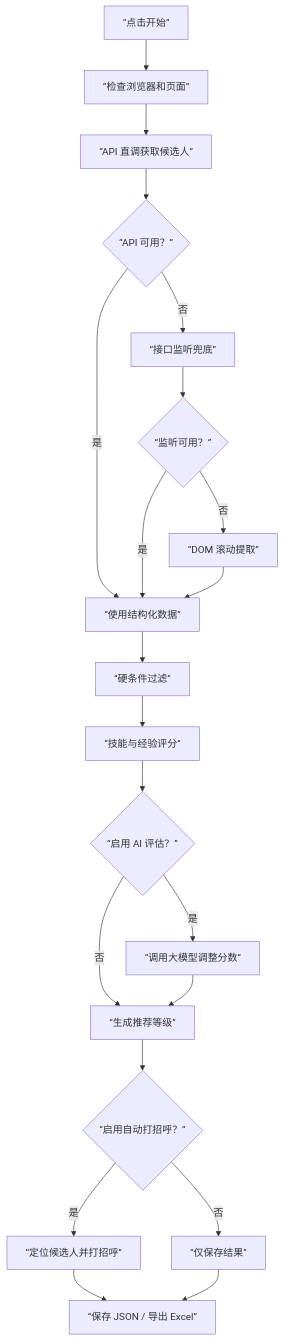
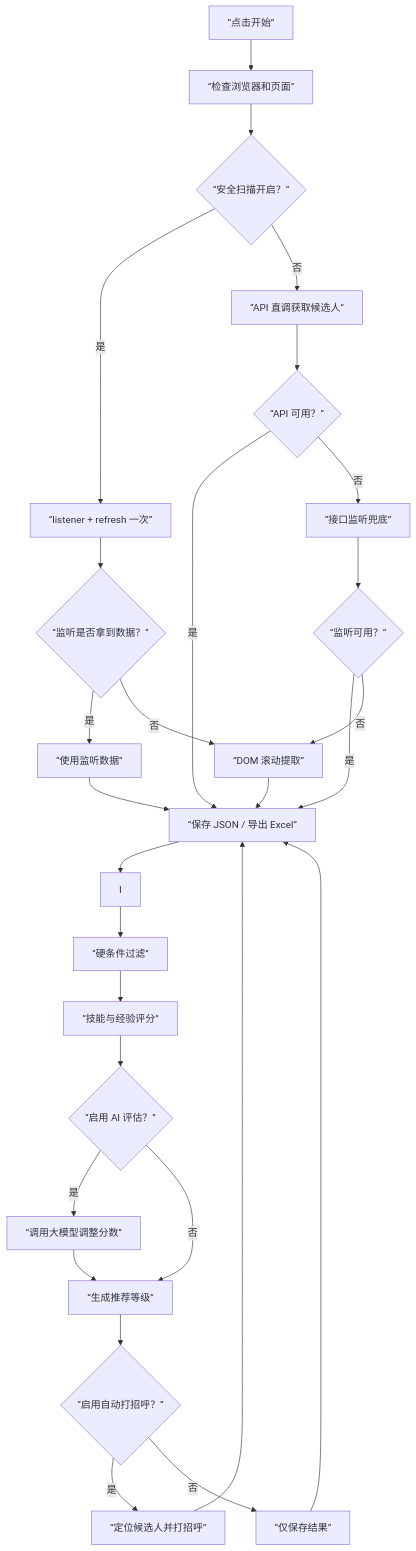
Before and after one commit to chenjinbo1991/boss-resume-filter: the second of 2 diagrams in docs/BOSS招聘系统操作说明-图文版.md, drawn with Mermaid. The commit also changed other lines of this file and 12 other files, not shown here.

````diff
--- a/docs/BOSS招聘系统操作说明-图文版.md
+++ b/docs/BOSS招聘系统操作说明-图文版.md
@@ -259,23 +261,30 @@
 ```mermaid
 flowchart TD
     A[“点击开始”] --> B[“检查浏览器和页面”]
-    B --> C[“API 直调获取候选人”]
-    C --> D{“API 可用？”}
-    D -- 是 --> E[“使用结构化数据”]
-    D -- 否 --> F[“接口监听兜底”]
+    B --> C{“安全扫描开启？”}
+    C -- 是 --> S1[“listener + refresh 一次”]
+    S1 --> S2{“监听是否拿到数据？”}
+    S2 -- 是 --> S3[“使用监听数据”]
+    S2 -- 否 --> S4[“DOM 滚动提取”]
+    C -- 否 --> D[“API 直调获取候选人”]
+    D --> E{“API 可用？”}
+    E -- 是 --> R[“使用结构化数据”]
+    E -- 否 --> F[“接口监听兜底”]
     F --> G{“监听可用？”}
-    G -- 是 --> E
-    G -- 否 --> H[“DOM 滚动提取”]
-    H --> E
-    E --> I[“硬条件过滤”]
-    I --> J[“技能与经验评分”]
-    J --> K{“启用 AI 评估？”}
-    K -- 是 --> L[“调用大模型调整分数”]
-    K -- 否 --> M[“生成推荐等级”]
-    L --> M
-    M --> N{“启用自动打招呼？”}
-    N -- 是 --> O[“定位候选人并打招呼”]
-    N -- 否 --> P[“仅保存结果”]
-    O --> Q[“保存 JSON / 导出 Excel”]
-    P --> Q
+    G -- 是 --> R
+    G -- 否 --> S4
+    S3 --> R
+    S4 --> R
+    R --> I
+    I --> J[“硬条件过滤”]
+    J --> K[“技能与经验评分”]
+    K --> L{“启用 AI 评估？”}
+    L -- 是 --> M[“调用大模型调整分数”]
+    L -- 否 --> N[“生成推荐等级”]
+    M --> N
+    N --> O{“启用自动打招呼？”}
+    O -- 是 --> P[“定位候选人并打招呼”]
+    O -- 否 --> Q[“仅保存结果”]
+    P --> R[“保存 JSON / 导出 Excel”]
+    Q --> R
 ```
````
